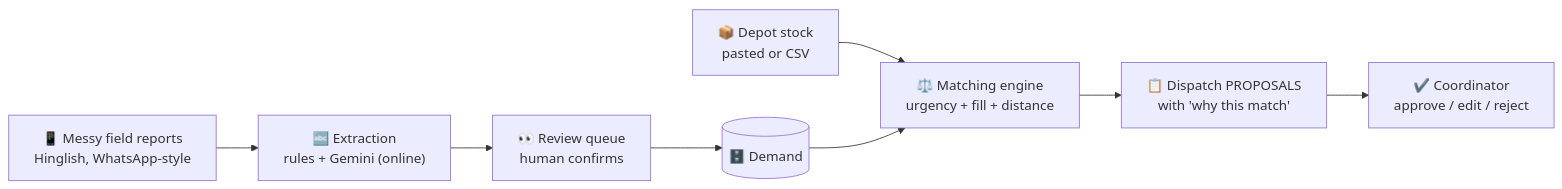
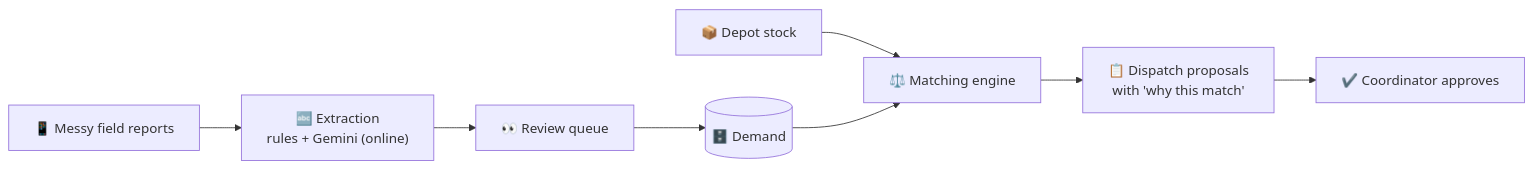
The diagram in README.md (ridhimagogia/ReliefOS), drawn with Mermaid before and after one commit. The commit also changed other lines of this file, not shown here.

````diff
--- a/README.md
+++ b/README.md
@@ -33,10 +26,10 @@
 ```mermaid
 flowchart LR
-    A["📱 Messy field reports<br/>Hinglish, WhatsApp-style"] --> B["🔤 Extraction<br/>rules + Gemini (online)"]
-    B --> C["👀 Review queue<br/>human confirms"]
+    A["📱 Messy field reports"] --> B["🔤 Extraction<br/>rules + Gemini (online)"]
+    B --> C["👀 Review queue"]
     C --> D[("🗄️ Demand")]
-    S["📦 Depot stock<br/>pasted or CSV"] --> E
-    D --> E["⚖️ Matching engine<br/>urgency + fill + distance"]
-    E --> F["📋 Dispatch PROPOSALS<br/>with 'why this match'"]
-    F --> G["✔️ Coordinator<br/>approve / edit / reject"]
+    S["📦 Depot stock"] --> E["⚖️ Matching engine"]
+    D --> E
+    E --> F["📋 Dispatch proposals<br/>with 'why this match'"]
+    F --> G["✔️ Coordinator approves"]
 ```
````
